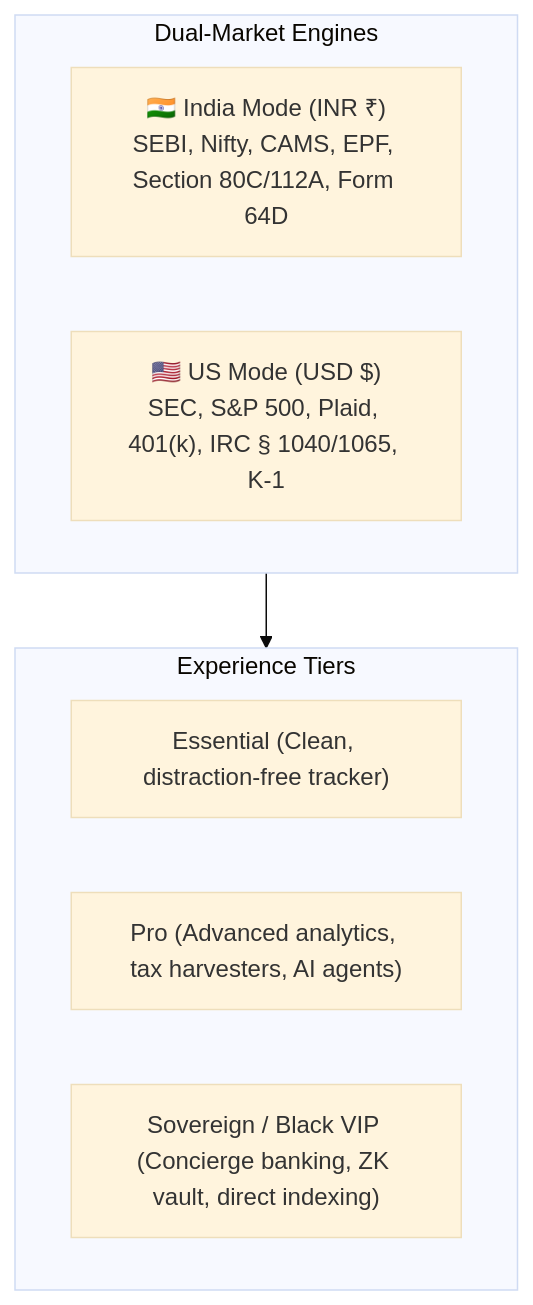
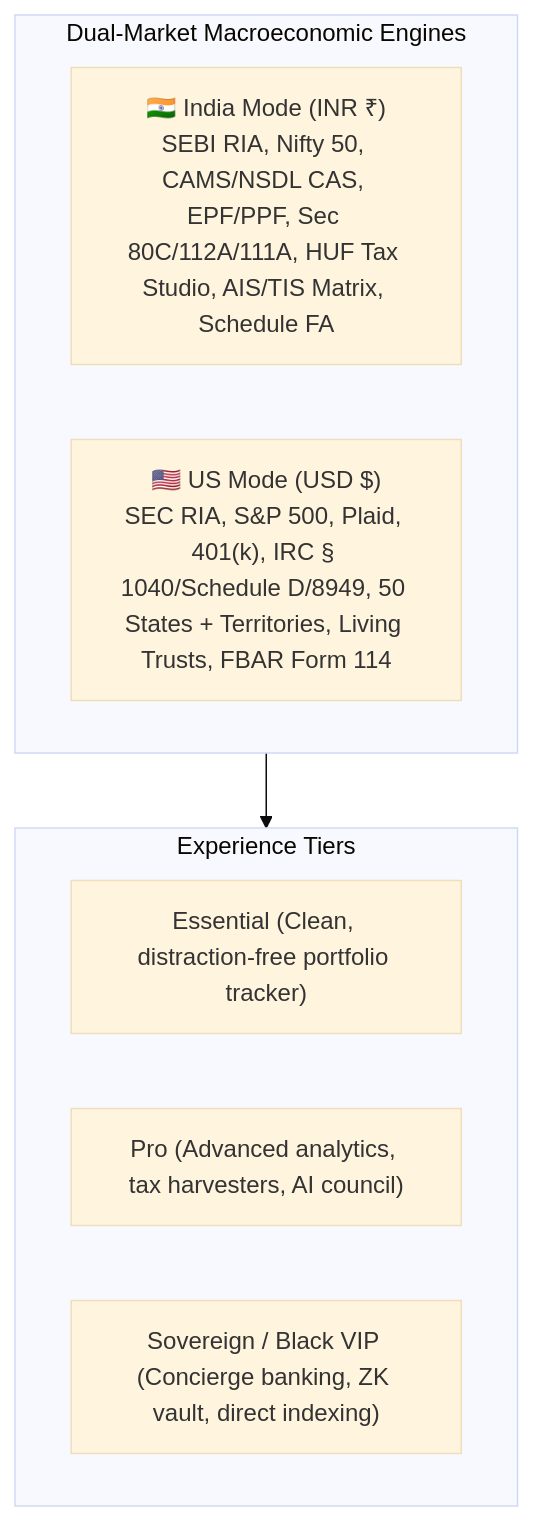
One commit to adityachowdhuryin/Finagent changed the first of 2 diagrams in README.md. Above: the diagram before and after it, drawn with Mermaid (base theme). The commit also changed other lines of this file and 121 other files, not shown here.

Commit message:
feat: complete dual-market institutional tax studio, commercial moats, 50-state engine, and comprehensive system documentation

````diff
--- a/README.md
+++ b/README.md
@@ -46,15 +69,15 @@
 ```mermaid
 flowchart TD
-    subgraph Market_Toggle["Dual-Market Engines"]
-        IN["🇮🇳 India Mode (INR ₹)<br/>SEBI, Nifty, CAMS, EPF, Section 80C/112A, Form 64D"]
-        US["🇺🇸 US Mode (USD $)<br/>SEC, S&P 500, Plaid, 401(k), IRC § 1040/1065, K-1"]
+    subgraph Market_Toggle["Dual-Market Macroeconomic Engines"]
+        IN["🇮🇳 India Mode (INR ₹)<br/>SEBI RIA, Nifty 50, CAMS/NSDL CAS, EPF/PPF, Sec 80C/112A/111A, HUF Tax Studio, AIS/TIS Matrix, Schedule FA"]
+        US["🇺🇸 US Mode (USD $)<br/>SEC RIA, S&P 500, Plaid, 401(k), IRC § 1040/Schedule D/8949, 50 States + Territories, Living Trusts, FBAR Form 114"]
     end
 
     subgraph Experience_Tiers["Experience Tiers"]
-        E1["Essential (Clean, distraction-free tracker)"]
-        E2["Pro (Advanced analytics, tax harvesters, AI agents)"]
+        E1["Essential (Clean, distraction-free portfolio tracker)"]
+        E2["Pro (Advanced analytics, tax harvesters, AI council)"]
         E3["Sovereign / Black VIP (Concierge banking, ZK vault, direct indexing)"]
     end
 
     Market_Toggle --> Experience_Tiers
 ```
````
